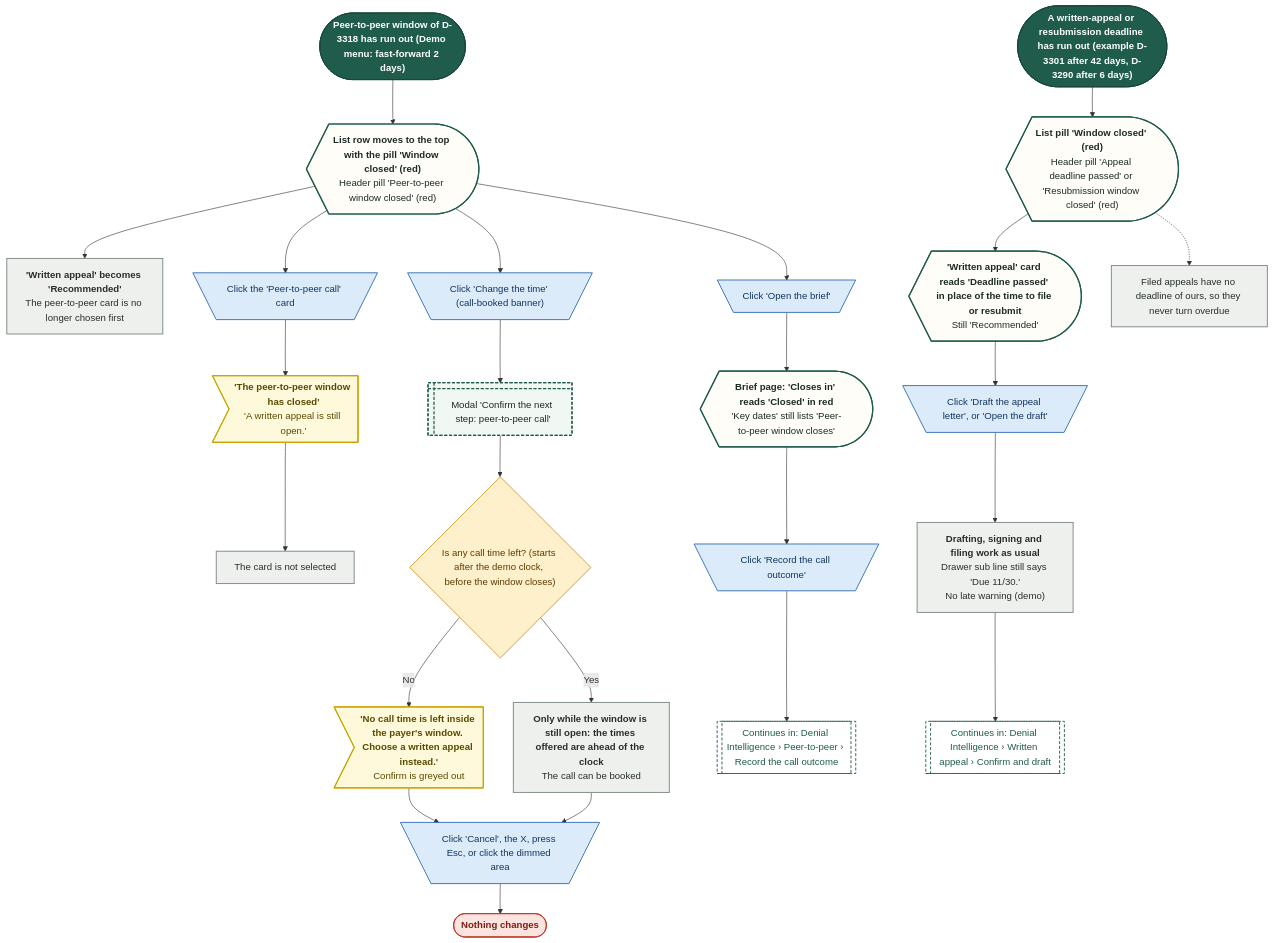
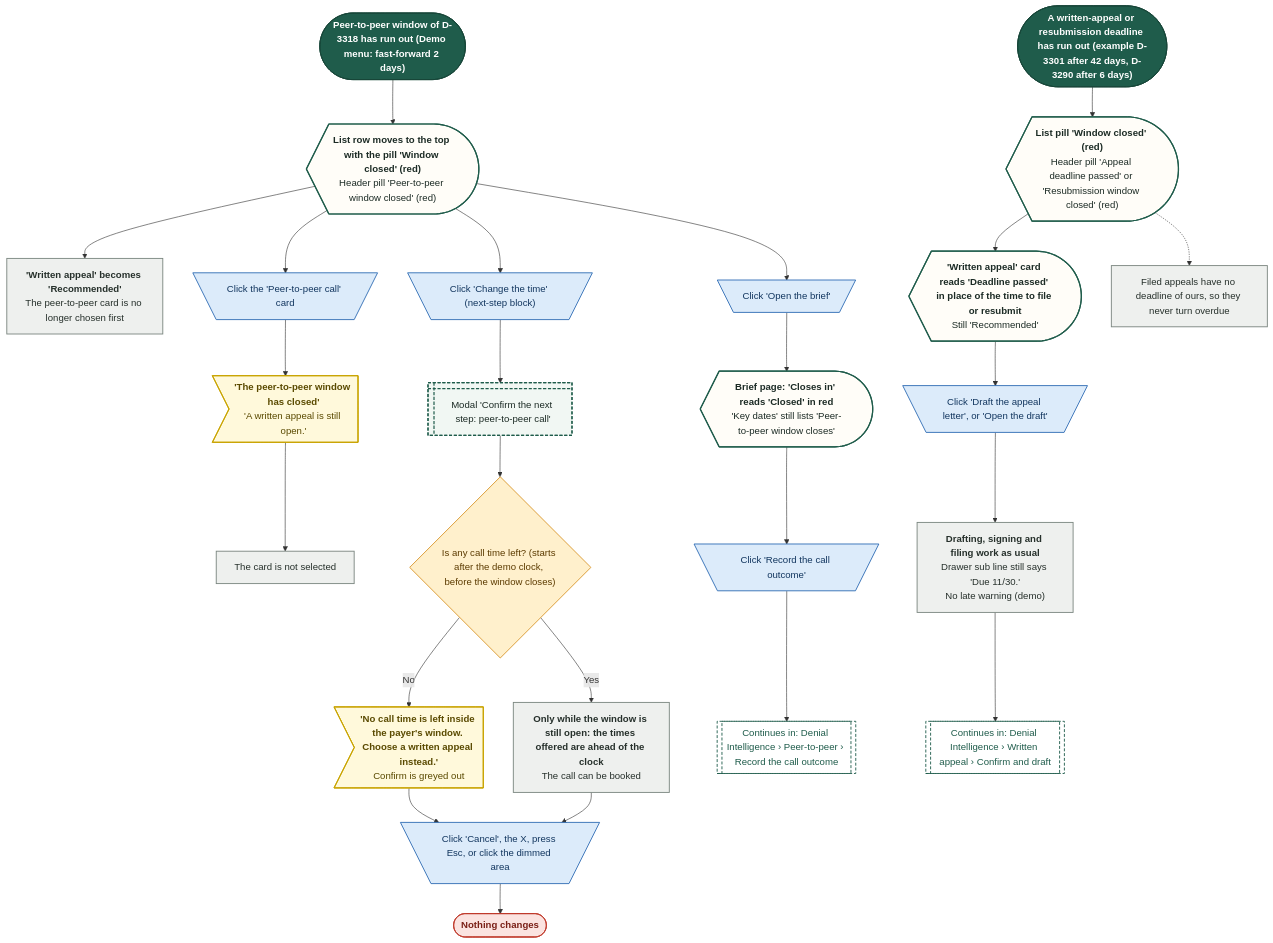
Before and after one commit to Shrav143/psyfloapp: diagram 23 of 27 in demos/prior-auth-demo/workflows/out/md/06-denials.md, drawn with Mermaid. The commit also changed other lines of this file and 192 other files, not shown here.

First line of the commit message:
docs: changelog by sidebar tab; README, diagrams and Settings layout aligned with the refinement; shared InfoTip; referral cost-share line

````diff
--- a/demos/prior-auth-demo/workflows/out/md/06-denials.md
+++ b/demos/prior-auth-demo/workflows/out/md/06-denials.md
@@ -1632,62 +1819,62 @@
 ```mermaid
 %%{init: {"theme":"base","themeVariables":{"fontFamily":"'DM Sans', 'Segoe UI', system-ui, sans-serif","fontSize":"15px","lineColor":"#5B6B63","primaryTextColor":"#1C2B25","clusterBkg":"#FBF8F3","clusterBorder":"#D9CDBB","edgeLabelBackground":"#FFFFFF"},"flowchart":{"curve":"basis","nodeSpacing":36,"rankSpacing":48,"padding":12,"htmlLabels":true,"useMaxWidth":false,"wrappingWidth":230}} }%%
 flowchart TD
   classDef k_start fill:#1F5C4B,stroke:#174638,color:#FFFFFF,stroke-width:1.5px,font-weight:600
   classDef k_end fill:#DDEFE3,stroke:#2E7D4F,color:#14502F,stroke-width:1.5px,font-weight:600
   classDef k_endx fill:#FBE3E0,stroke:#C0392B,color:#7A1F16,stroke-width:1.5px,font-weight:600
   classDef k_screen fill:#FFFDF8,stroke:#1F5C4B,color:#1C2B25,stroke-width:2px
   classDef k_overlay fill:#F1F7F3,stroke:#1F5C4B,color:#1C2B25,stroke-width:2px,stroke-dasharray:5 3
   classDef k_click fill:#DCEBFA,stroke:#2F6DB5,color:#12365F,stroke-width:1.5px
   classDef k_input fill:#E4E7FF,stroke:#4C5FD5,color:#1D2670,stroke-width:1.5px
   classDef k_process fill:#EEF0EE,stroke:#7A857F,color:#26302B,stroke-width:1.5px
   classDef k_agent fill:#EEE5FA,stroke:#7A4FC2,color:#341A63,stroke-width:1.5px
   classDef k_decision fill:#FFF0CC,stroke:#D9962B,color:#5C3B00,stroke-width:1.5px
   classDef k_store fill:#D5F0EA,stroke:#1C8E7B,color:#0B4A3F,stroke-width:1.5px
   classDef k_doc fill:#F6E9DC,stroke:#B07A4C,color:#4A2E14,stroke-width:1.5px
   classDef k_ext fill:#FFE6D2,stroke:#E07B39,color:#6B2F06,stroke-width:1.5px
   classDef k_wait fill:#E4E8EE,stroke:#6B7C93,color:#26303D,stroke-width:1.5px
   classDef k_toast fill:#FFF9DB,stroke:#C9A400,color:#5A4A00,stroke-width:1.5px
   classDef k_goto fill:#FFFFFF,stroke:#1F5C4B,color:#1F5C4B,stroke-width:1.5px,stroke-dasharray:5 3
   s1@{ shape: stadium, label: "Peer-to-peer window of D-3318 has run out (Demo menu: fast-forward 2 days)" }
   sc1@{ shape: curv-trap, label: "<b>List row moves to the top with the pill 'Window closed' (red)</b><br/>Header pill 'Peer-to-peer window closed' (red)" }
   p1@{ shape: rect, label: "<b>'Written appeal' becomes 'Recommended'</b><br/>The peer-to-peer card is no longer chosen first" }
   c1@{ shape: trap-t, label: "Click the 'Peer-to-peer call' card" }
   t1@{ shape: odd, label: "<b>'The peer-to-peer window has closed'</b><br/>'A written appeal is still open.'" }
   p2@{ shape: rect, label: "The card is not selected" }
-  c2@{ shape: trap-t, label: "Click 'Change the time' (call-booked banner)" }
+  c2@{ shape: trap-t, label: "Click 'Change the time' (next-step block)" }
   o1@{ shape: win-pane, label: "Modal 'Confirm the next step: peer-to-peer call'" }
   d1@{ shape: diam, label: "Is any call time left? (starts after the demo clock, before the window closes)" }
   t2@{ shape: odd, label: "<b>'No call time is left inside the payer's window. Choose a written appeal instead.'</b><br/>Confirm is greyed out" }
   p3@{ shape: rect, label: "<b>Only while the window is still open: the times offered are ahead of the clock</b><br/>The call can be booked" }
   c3@{ shape: trap-t, label: "Click 'Cancel', the X, press Esc, or click the dimmed area" }
   e1@{ shape: stadium, label: "Nothing changes" }
   c4@{ shape: trap-t, label: "Click 'Open the brief'" }
   b1@{ shape: curv-trap, label: "<b>Brief page: 'Closes in' reads 'Closed' in red</b><br/>'Key dates' still lists 'Peer-to-peer window closes'" }
   c5@{ shape: trap-t, label: "Click 'Record the call outcome'" }
   g1@{ shape: subproc, label: "Continues in: Denial Intelligence › Peer-to-peer › Record the call outcome" }
   s2@{ shape: stadium, label: "A written-appeal or resubmission deadline has run out (example D-3301 after 42 days, D-3290 after 6 days)" }
   sc2@{ shape: curv-trap, label: "<b>List pill 'Window closed' (red)</b><br/>Header pill 'Appeal deadline passed' or 'Resubmission window closed' (red)" }
   o2@{ shape: curv-trap, label: "<b>'Written appeal' card reads 'Deadline passed' in place of the time to file or resubmit</b><br/>Still 'Recommended'" }
   c6@{ shape: trap-t, label: "Click 'Draft the appeal letter', or 'Open the draft'" }
   p4@{ shape: rect, label: "<b>Drafting, signing and filing work as usual</b><br/>Drawer sub line still says 'Due 11/30.'<br/>No late warning (demo)" }
   g2@{ shape: subproc, label: "Continues in: Denial Intelligence › Written appeal › Confirm and draft" }
   p5@{ shape: rect, label: "Filed appeals have no deadline of ours, so they never turn overdue" }
   s1 --> sc1 --> p1
   sc1 --> c1 --> t1 --> p2
   sc1 --> c2 --> o1 --> d1
   d1 -->|"No"| t2 --> c3
   d1 -->|"Yes"| p3 --> c3
   c3 --> e1
   sc1 --> c4 --> b1 --> c5 --> g1
   s2 --> sc2 --> o2 --> c6 --> p4 --> g2
   sc2 -.-> p5
   class s1,s2 k_start
   class sc1,b1,sc2,o2 k_screen
   class p1,p2,p3,p4,p5 k_process
   class c1,c2,c3,c4,c5,c6 k_click
   class t1,t2 k_toast
   class o1 k_overlay
   class d1 k_decision
   class e1 k_endx
   class g1,g2 k_goto
 ```
````
